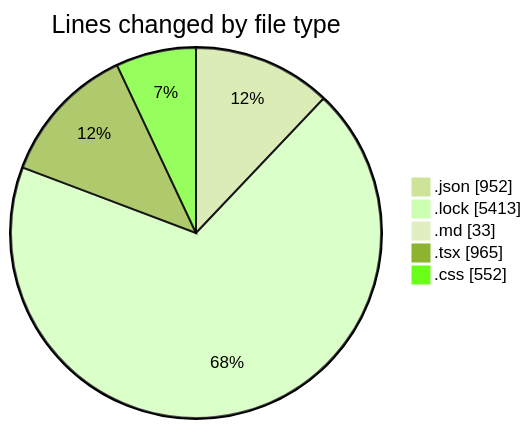
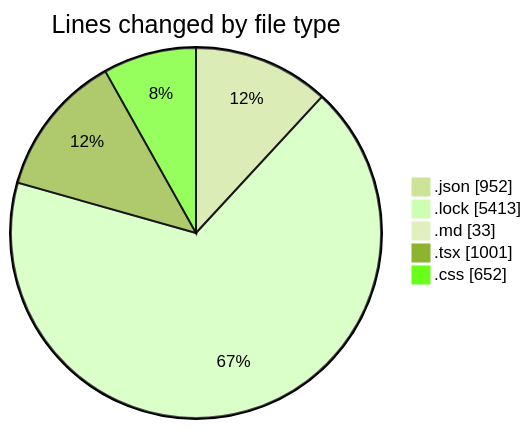
The first of 2 diagrams in 2025-08-11/ribbon/README.md (EIIisD/code-tracking), drawn with Mermaid (forest theme) before and after one commit. The commit also changed other lines of this file and 1 other file, not shown here.

````diff
--- a/2025-08-11/ribbon/README.md
+++ b/2025-08-11/ribbon/README.md
@@ -37,9 +37,9 @@
 ```mermaid
 pie showData
 title Lines changed by file type
 ".json" : 952
 ".lock" : 5413
 ".md" : 33
-".tsx" : 965
-".css" : 552
+".tsx" : 1001
+".css" : 652
 ```
````
